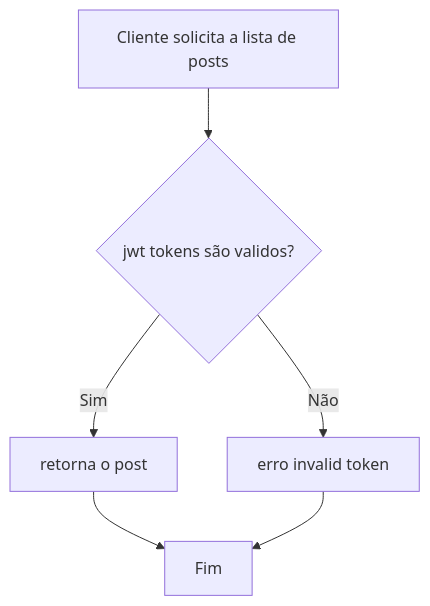
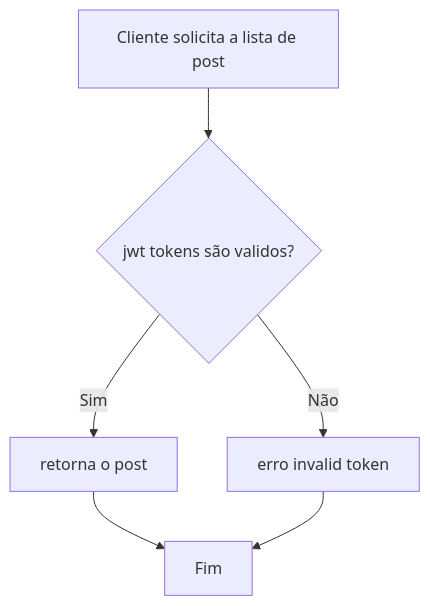
One commit to GabrHenr/BackEnd-TechPostSystem changed the fourth of 9 diagrams in readme.md. Above: the diagram before and after it, drawn with Mermaid. The commit also changed other lines of this file and 1 other file, not shown here.

Commit message:
Update: cleaning code

````diff
--- a/readme.md
+++ b/readme.md
@@ -130,8 +132,8 @@
  ```mermaid
 flowchart TD
-    A[Cliente solicita a lista de posts] --> B{jwt tokens são validos?}
+    A[Cliente solicita a lista de post] --> B{jwt tokens são validos?}
     B -->|Sim| C[retorna o post]
     B -->|Não| D[erro invalid token]
     C --> E[Fim]
     D --> E
 ```
````
